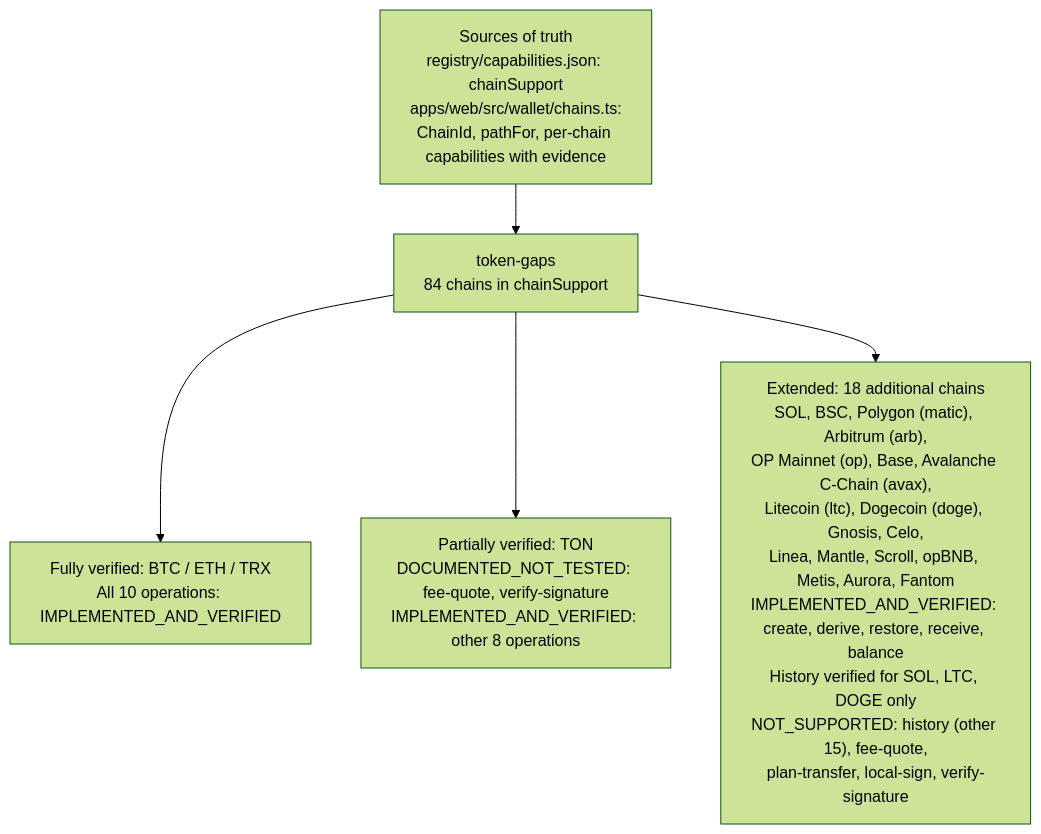
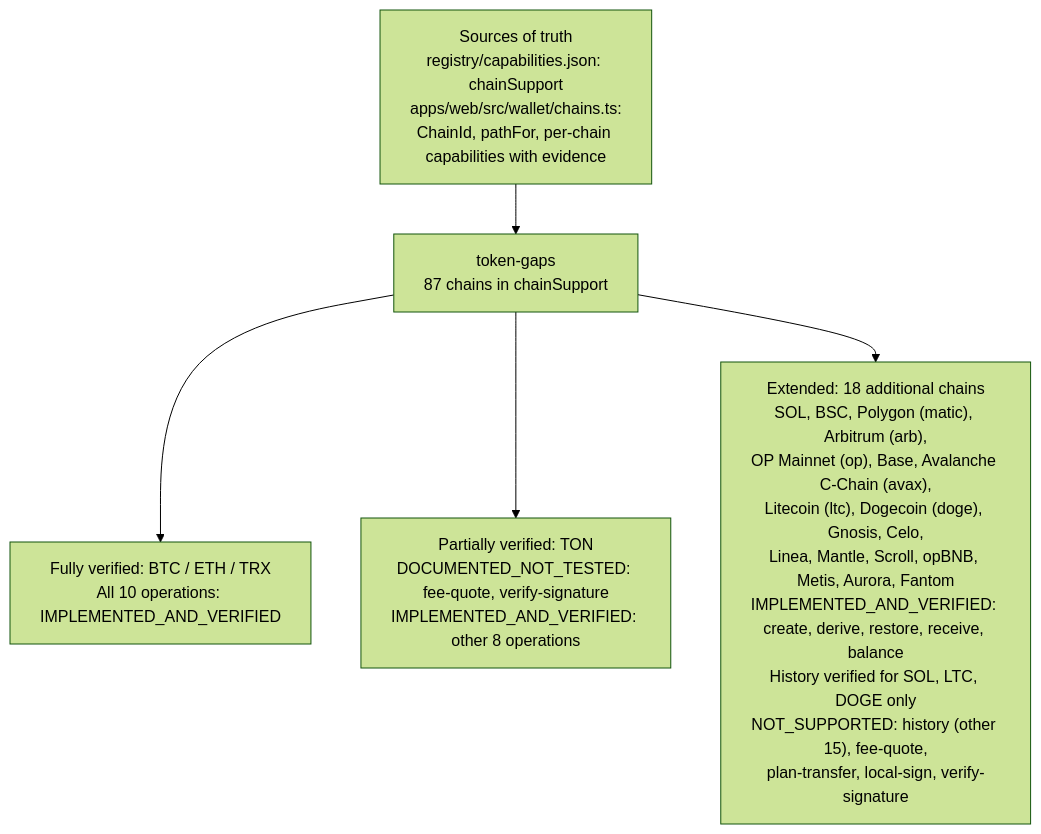
The diagram in docs/12-chain-registry-and-assets/README.md (Pr3eve6ti2o/bawa), drawn with Mermaid (forest theme) before and after one commit. The commit also changed other lines of this file and 15 other files, not shown here.

````diff
--- a/docs/12-chain-registry-and-assets/README.md
+++ b/docs/12-chain-registry-and-assets/README.md
@@ -201,20 +201,20 @@
 ```mermaid
 flowchart TB
     accTitle: Bawa chain support overview
     accDescr: token-gaps supports BTC, ETH and TRX with all ten operations verified, plus TON with fee-quote and verify-signature documented but untested, plus eighteen additional chains with create, derive, restore, receive and balance verified and the remaining five operations unsupported (history verified for SOL, LTC and DOGE only, per chains.ts). The 13-chain registry was merged into adopt-proper from panel-rebuild/multichain-create; the 9 newer EVM chains were added afterwards on panel-rebuild/token-gaps. It is not a separate branch.
 
     S["Sources of truth<br/>registry/capabilities.json: chainSupport<br/>apps/web/src/wallet/chains.ts:<br/>ChainId, pathFor, per-chain capabilities with evidence"]
 
-    A["token-gaps<br/>84 chains in chainSupport"]
+    A["token-gaps<br/>87 chains in chainSupport"]
 
     F["Fully verified: BTC / ETH / TRX<br/>All 10 operations: IMPLEMENTED_AND_VERIFIED"]
 
     T["Partially verified: TON<br/>DOCUMENTED_NOT_TESTED: fee-quote, verify-signature<br/>IMPLEMENTED_AND_VERIFIED: other 8 operations"]
 
     D["Extended: 18 additional chains<br/>SOL, BSC, Polygon (matic), Arbitrum (arb),<br/>OP Mainnet (op), Base, Avalanche C-Chain (avax),<br/>Litecoin (ltc), Dogecoin (doge), Gnosis, Celo,<br/>Linea, Mantle, Scroll, opBNB, Metis, Aurora, Fantom<br/>IMPLEMENTED_AND_VERIFIED: create, derive, restore, receive, balance<br/>History verified for SOL, LTC, DOGE only<br/>NOT_SUPPORTED: history (other 15), fee-quote,<br/>plan-transfer, local-sign, verify-signature"]
 
     S --> A
     A --> F
     A --> T
     A --> D
 ```
````
